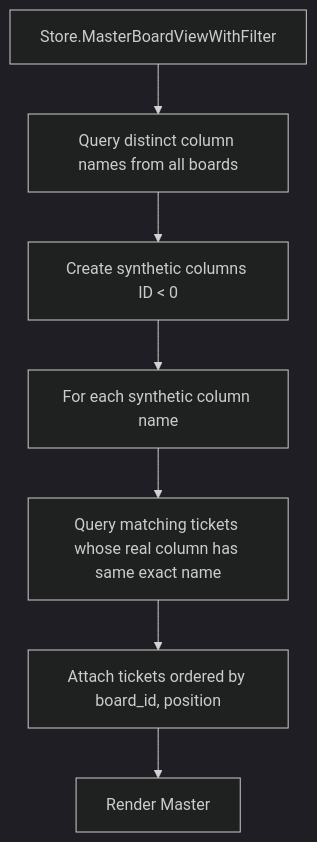
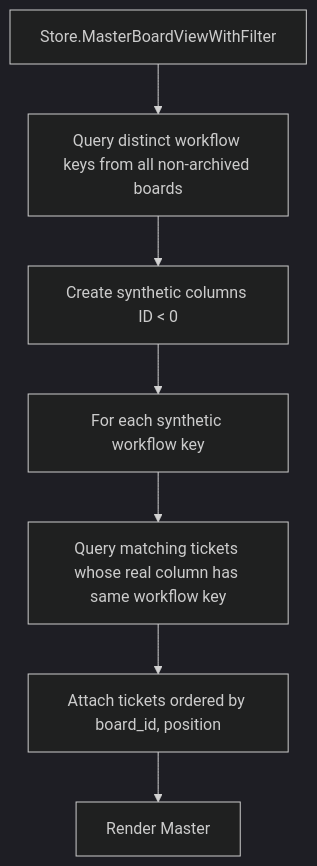
Before and after one commit to carlotran4/kanbi: the third of 6 diagrams in docs/multi-board-behavior.md, drawn with Mermaid (dark theme). The commit also changed other lines of this file and 39 other files, not shown here.

````diff
--- a/docs/multi-board-behavior.md
+++ b/docs/multi-board-behavior.md
@@ -86,9 +86,9 @@
 ```mermaid
 flowchart TD
-  A[Store.MasterBoardViewWithFilter] --> B[Query distinct column names from all boards]
+  A[Store.MasterBoardViewWithFilter] --> B[Query distinct workflow keys from all non-archived boards]
   B --> C[Create synthetic columns ID < 0]
-  C --> D[For each synthetic column name]
-  D --> E[Query matching tickets whose real column has same exact name]
+  C --> D[For each synthetic workflow key]
+  D --> E[Query matching tickets whose real column has same workflow key]
   E --> F[Attach tickets ordered by board_id, position]
   F --> G[Render Master]
 ```
````
